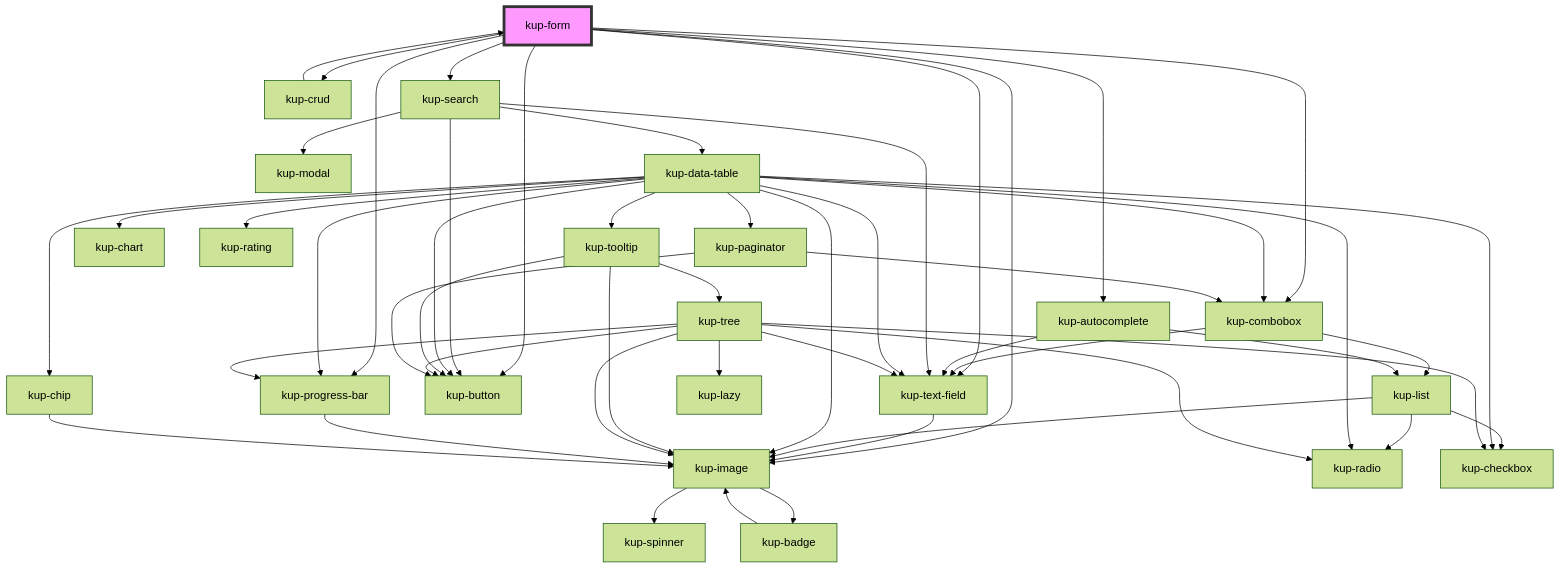
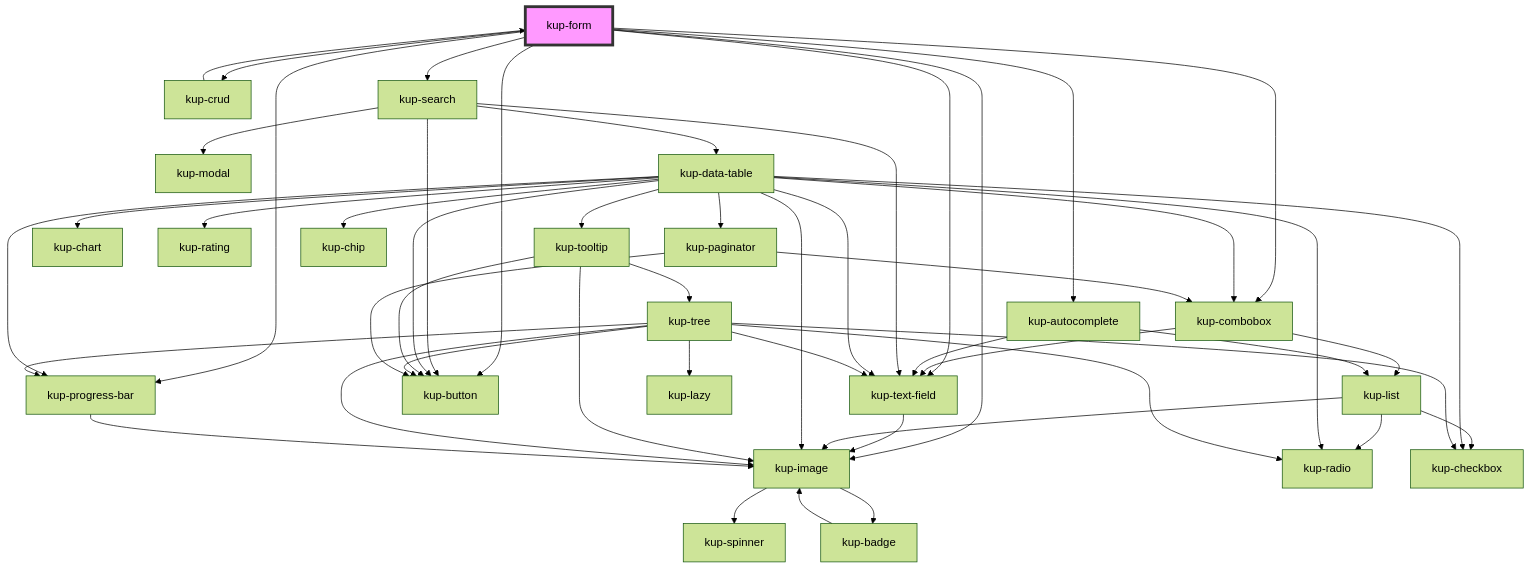
The diagram in packages/ketchup/src/components/kup-form/readme.md (smeup/ketchup), drawn with Mermaid (forest theme) before and after one commit. The commit also changed 10 other files, not shown here.

Commit message:
Removed kup-image and reflect from kup-chip.

````diff
--- a/packages/ketchup/src/components/kup-form/readme.md
+++ b/packages/ketchup/src/components/kup-form/readme.md
@@ -131,54 +131,53 @@
 ```mermaid
 graph TD;
   kup-form --> kup-combobox
   kup-form --> kup-crud
   kup-form --> kup-autocomplete
   kup-form --> kup-search
   kup-form --> kup-image
   kup-form --> kup-progress-bar
   kup-form --> kup-text-field
   kup-form --> kup-button
   kup-combobox --> kup-text-field
   kup-combobox --> kup-list
   kup-text-field --> kup-image
   kup-image --> kup-spinner
   kup-image --> kup-badge
   kup-badge --> kup-image
   kup-list --> kup-image
   kup-list --> kup-radio
   kup-list --> kup-checkbox
   kup-crud --> kup-form
   kup-autocomplete --> kup-text-field
   kup-autocomplete --> kup-list
   kup-search --> kup-text-field
   kup-search --> kup-button
   kup-search --> kup-modal
   kup-search --> kup-data-table
   kup-data-table --> kup-checkbox
   kup-data-table --> kup-button
   kup-data-table --> kup-text-field
   kup-data-table --> kup-tooltip
   kup-data-table --> kup-image
   kup-data-table --> kup-chart
   kup-data-table --> kup-progress-bar
   kup-data-table --> kup-rating
   kup-data-table --> kup-radio
   kup-data-table --> kup-paginator
   kup-data-table --> kup-combobox
   kup-data-table --> kup-chip
   kup-tooltip --> kup-button
   kup-tooltip --> kup-image
   kup-tooltip --> kup-tree
   kup-tree --> kup-lazy
   kup-tree --> kup-button
   kup-tree --> kup-checkbox
   kup-tree --> kup-image
   kup-tree --> kup-progress-bar
   kup-tree --> kup-radio
   kup-tree --> kup-text-field
   kup-progress-bar --> kup-image
   kup-paginator --> kup-button
   kup-paginator --> kup-combobox
-  kup-chip --> kup-image
   style kup-form fill:#f9f,stroke:#333,stroke-width:4px
 ```
````
